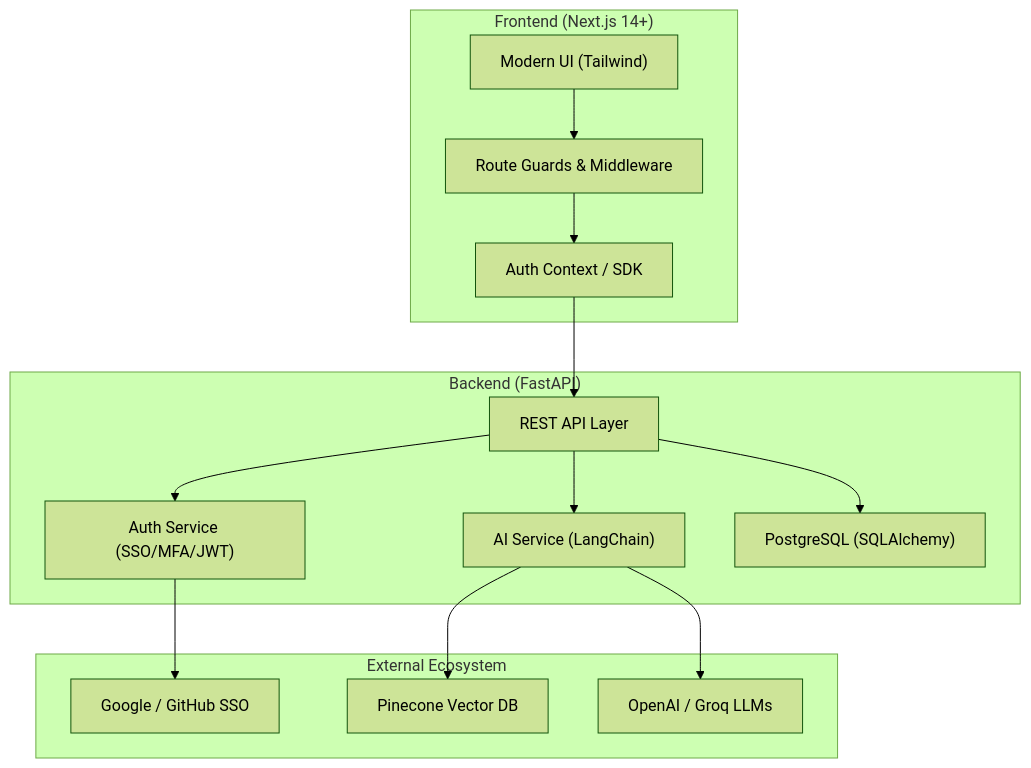
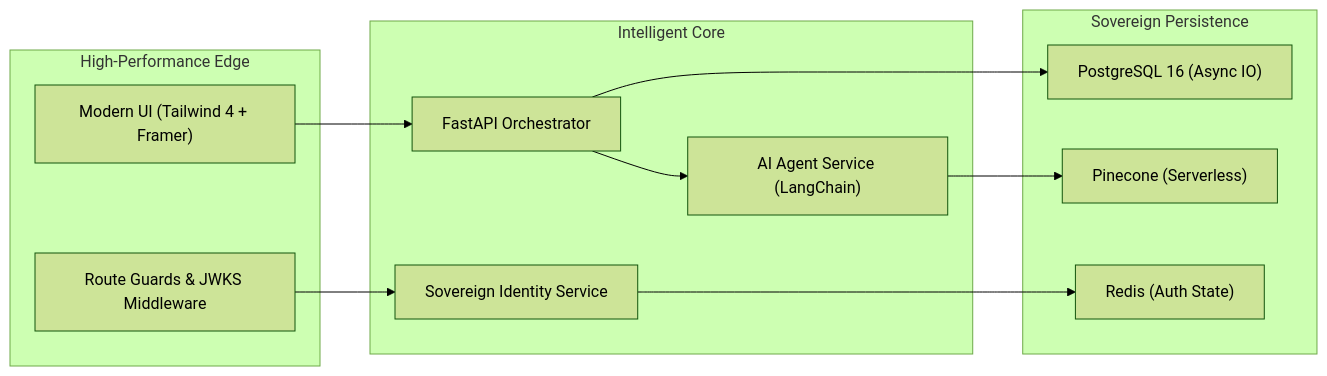
One commit to johan-droid/GraftAI changed the diagram in README.md. Above: the diagram before and after it, drawn with Mermaid (forest theme). The commit also changed other lines of this file and 1 other file, not shown here.

Commit message:
feat: Enhance SSO callback handling with dynamic frontend URL resolution and fallback HTML response

````diff
--- a/README.md
+++ b/README.md
@@ -27,31 +67,26 @@
 ```mermaid
-graph TD
-    subgraph "Frontend (Next.js 14+)"
-        UI["Modern UI (Tailwind)"]
-        Guard["Route Guards & Middleware"]
-        AuthContext["Auth Context / SDK"]
+graph LR
+    subgraph "High-Performance Edge"
+        UI["Modern UI (Tailwind 4 + Framer)"]
+        Guard["Route Guards & JWKS Middleware"]
     end
 
-    subgraph "Backend (FastAPI)"
-        API["REST API Layer"]
-        AuthService["Auth Service (SSO/MFA/JWT)"]
-        AIService["AI Service (LangChain)"]
-        DB["PostgreSQL (SQLAlchemy)"]
+    subgraph "Intelligent Core"
+        API["FastAPI Orchestrator"]
+        Auth["Sovereign Identity Service"]
+        Agent["AI Agent Service (LangChain)"]
     end
 
-    subgraph "External Ecosystem"
-        Google["Google / GitHub SSO"]
-        Pinecone["Pinecone Vector DB"]
-        OpenAI["OpenAI / Groq LLMs"]
+    subgraph "Sovereign Persistence"
+        RDS["PostgreSQL 16 (Async IO)"]
+        VDB["Pinecone (Serverless)"]
+        Cache["Redis (Auth State)"]
     end
 
-    UI --> Guard
-    Guard --> AuthContext
-    AuthContext --> API
-    API --> AuthService
-    API --> AIService
-    AuthService --> Google
-    AIService --> Pinecone
-    AIService --> OpenAI
-    API --> DB
+    UI --> API
+    Guard --> Auth
+    API --> Agent
+    Agent --> VDB
+    Auth --> Cache
+    API --> RDS
 ```
````
